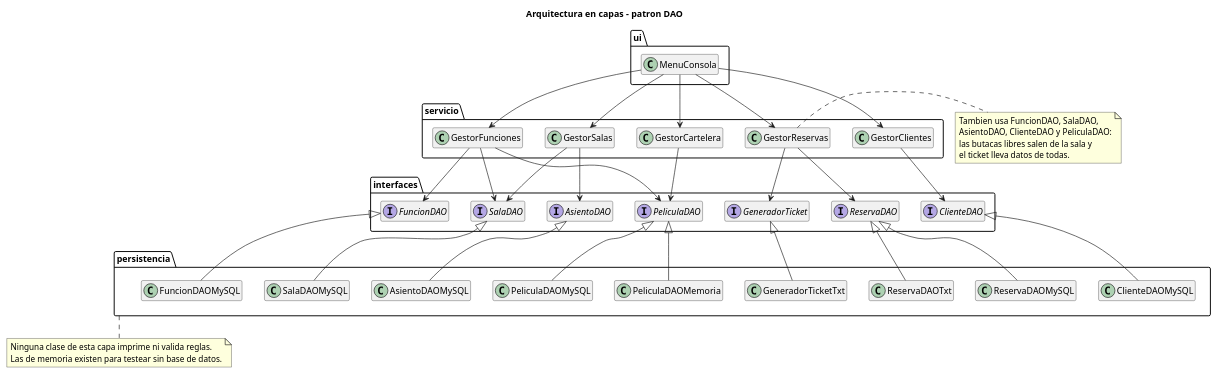
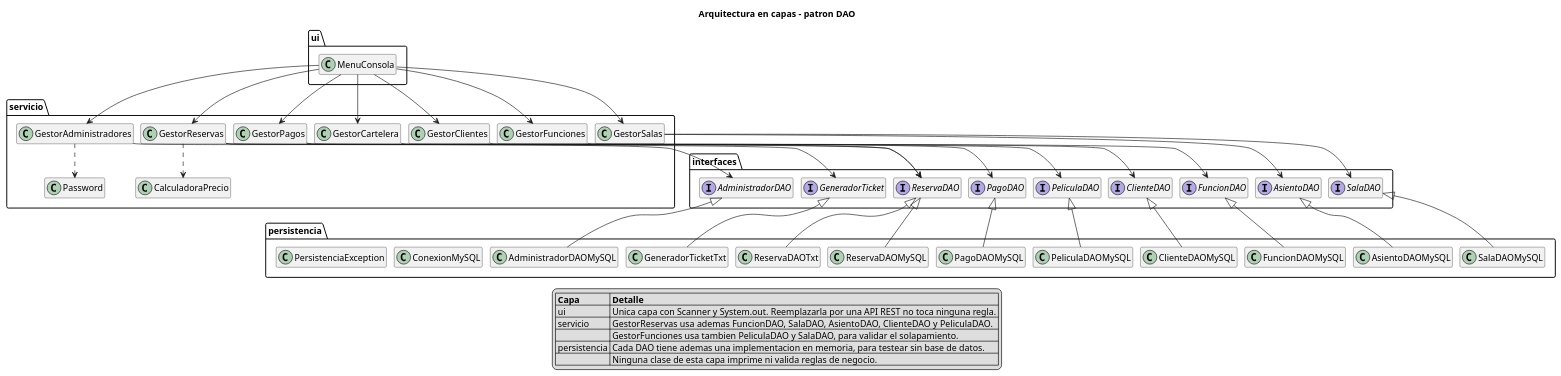
Before and after one commit to andreiveisuade/cine-uade: the diagram in cine-backend/docs/diagramas/clases-capas.puml, drawn with PlantUML. The commit also changed 8 other files, not shown here.

First line of the commit message:
docs: actualizar los cuatro diagramas al estado real del modelo

```diff
--- a/cine-backend/docs/diagramas/clases-capas.puml
+++ b/cine-backend/docs/diagramas/clases-capas.puml
@@ -1,79 +1,93 @@
 @startuml clases-capas
 title Arquitectura en capas - patron DAO
 
 skinparam classAttributeIconSize 0
+skinparam nodesep 12
+skinparam ranksep 45
 hide members
 
 package ui {
   class MenuConsola
 }
 
 package servicio {
   class GestorCartelera
   class GestorSalas
   class GestorFunciones
   class GestorClientes
   class GestorReservas
+  class GestorPagos
+  class GestorAdministradores
+  class CalculadoraPrecio
+  class Password
 }
 
 package interfaces {
   interface PeliculaDAO
   interface SalaDAO
   interface AsientoDAO
   interface FuncionDAO
   interface ClienteDAO
   interface ReservaDAO
+  interface PagoDAO
+  interface AdministradorDAO
   interface GeneradorTicket
 }
 
 package persistencia {
   class PeliculaDAOMySQL
-  class PeliculaDAOMemoria
   class SalaDAOMySQL
   class AsientoDAOMySQL
   class FuncionDAOMySQL
   class ClienteDAOMySQL
   class ReservaDAOMySQL
+  class PagoDAOMySQL
+  class AdministradorDAOMySQL
   class ReservaDAOTxt
   class GeneradorTicketTxt
+  class ConexionMySQL
+  class PersistenciaException
 }
 
 MenuConsola -down-> GestorCartelera
 MenuConsola -down-> GestorSalas
 MenuConsola -down-> GestorFunciones
 MenuConsola -down-> GestorClientes
 MenuConsola -down-> GestorReservas
+MenuConsola -down-> GestorPagos
+MenuConsola -down-> GestorAdministradores
 
 GestorCartelera -down-> PeliculaDAO
 GestorSalas -down-> SalaDAO
 GestorSalas -down-> AsientoDAO
 GestorFunciones -down-> FuncionDAO
-GestorFunciones -down-> PeliculaDAO
-GestorFunciones -down-> SalaDAO
 GestorClientes -down-> ClienteDAO
 GestorReservas -down-> ReservaDAO
 GestorReservas -down-> GeneradorTicket
+GestorReservas ..> CalculadoraPrecio
+GestorPagos -down-> PagoDAO
+GestorPagos -down-> ReservaDAO
+GestorAdministradores -down-> AdministradorDAO
+GestorAdministradores ..> Password
 
 PeliculaDAOMySQL -up-|> PeliculaDAO
-PeliculaDAOMemoria -up-|> PeliculaDAO
 SalaDAOMySQL -up-|> SalaDAO
 AsientoDAOMySQL -up-|> AsientoDAO
 FuncionDAOMySQL -up-|> FuncionDAO
 ClienteDAOMySQL -up-|> ClienteDAO
 ReservaDAOMySQL -up-|> ReservaDAO
 ReservaDAOTxt -up-|> ReservaDAO
+PagoDAOMySQL -up-|> PagoDAO
+AdministradorDAOMySQL -up-|> AdministradorDAO
 GeneradorTicketTxt -up-|> GeneradorTicket
 
-note right of GestorReservas
-  Tambien usa FuncionDAO, SalaDAO,
-  AsientoDAO, ClienteDAO y PeliculaDAO:
-  las butacas libres salen de la sala y
-  el ticket lleva datos de todas.
-end note
-
-note bottom of persistencia
-  Ninguna clase de esta capa imprime ni valida reglas.
-  Las de memoria existen para testear sin base de datos.
-end note
+legend bottom
+  |= Capa |= Detalle |
+  | ui | Unica capa con Scanner y System.out. Reemplazarla por una API REST no toca ninguna regla. |
+  | servicio | GestorReservas usa ademas FuncionDAO, SalaDAO, AsientoDAO, ClienteDAO y PeliculaDAO. |
+  |  | GestorFunciones usa tambien PeliculaDAO y SalaDAO, para validar el solapamiento. |
+  | persistencia | Cada DAO tiene ademas una implementacion en memoria, para testear sin base de datos. |
+  |  | Ninguna clase de esta capa imprime ni valida reglas de negocio. |
+endlegend
 
 @enduml
```
